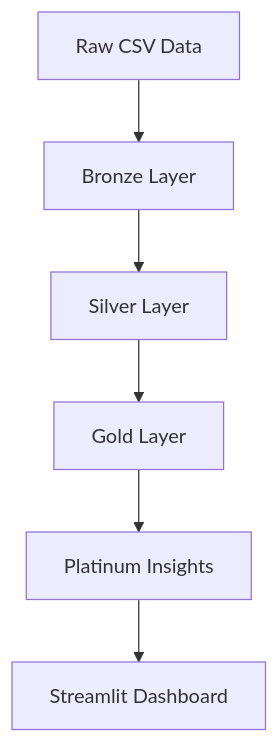
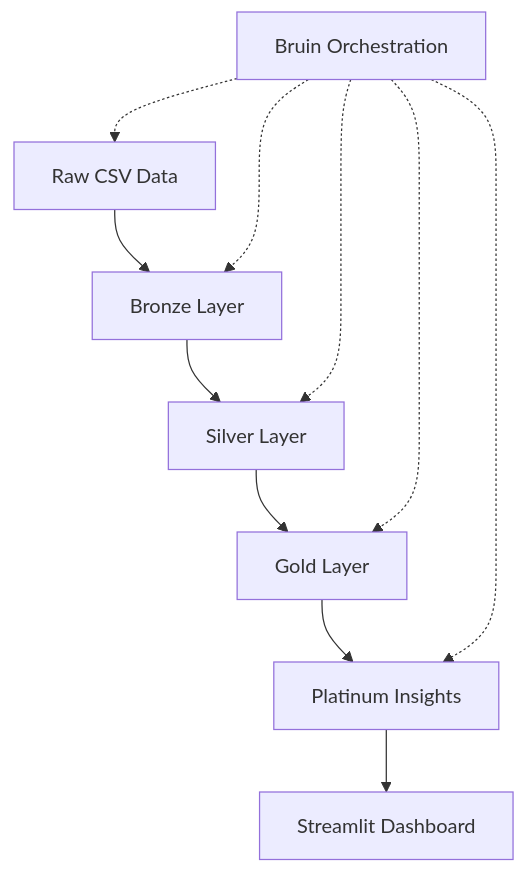
The diagram in README.md (livinvincentDE/ev-adoption-intelligence-platform), drawn with Mermaid before and after one commit. The commit also changed other lines of this file, not shown here.

First line of the commit message:
Enhance README with Bruin integration and tech details

````diff
--- a/README.md
+++ b/README.md
@@ -22,8 +15,13 @@
 ```mermaid
 graph TD
 A[Raw CSV Data] --> B[Bronze Layer]
 B --> C[Silver Layer]
 C --> D[Gold Layer]
 D --> E[Platinum Insights]
 E --> F[Streamlit Dashboard]
+G[Bruin Orchestration] -.-> A
+G -.-> B
+G -.-> C
+G -.-> D
+G -.-> E
 ```
````
